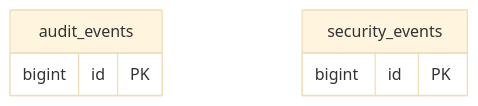
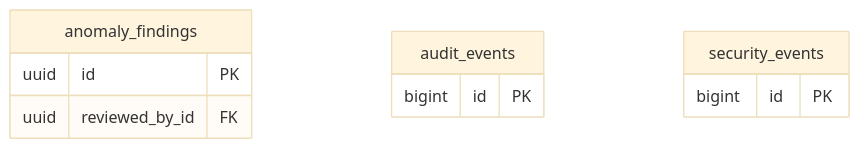
Diagram 14 of 15 in docs/04-data-model.md (Glenn74813/fas-mia), drawn with Mermaid (base theme) before and after one commit. The commit also changed other lines of this file and 21 other files, not shown here.

````diff
--- a/docs/04-data-model.md
+++ b/docs/04-data-model.md
@@ -893,9 +894,13 @@
 ```mermaid
 erDiagram
+    anomaly_findings {
+        uuid id PK
+        uuid reviewed_by_id FK
+    }
     audit_events {
         bigint id PK
     }
     security_events {
         bigint id PK
     }
 ```
````
